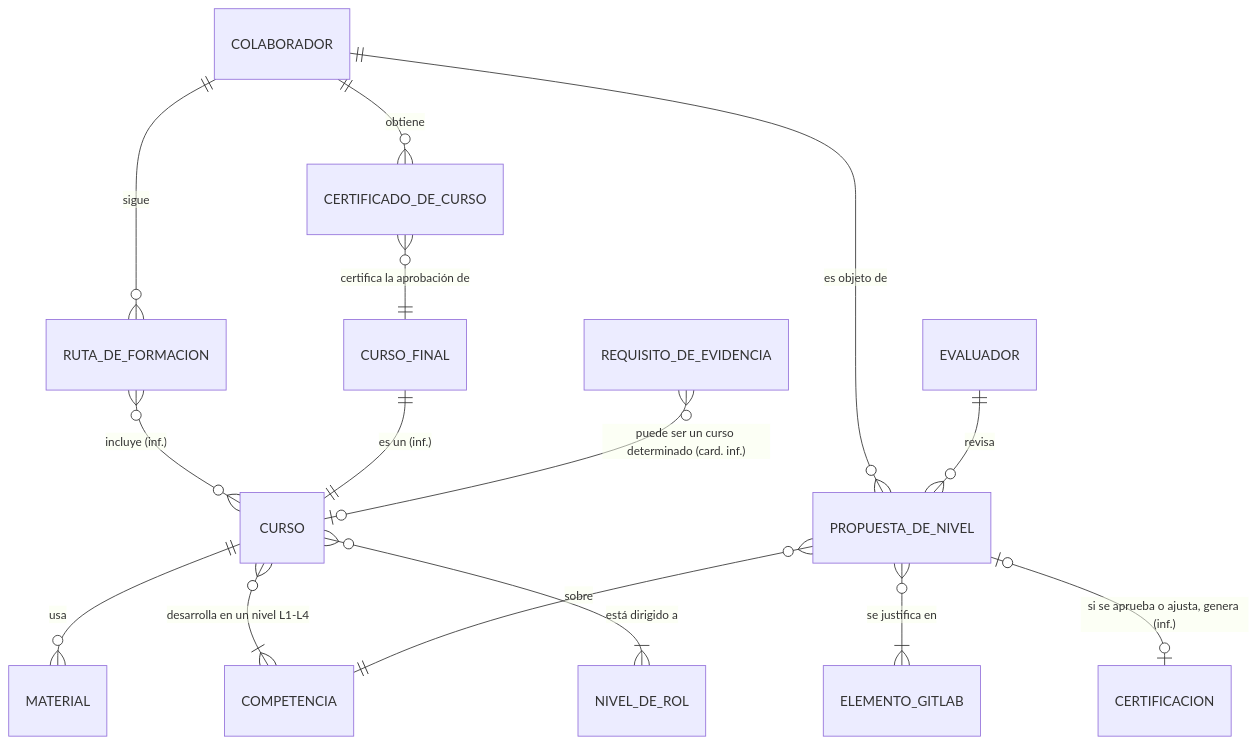
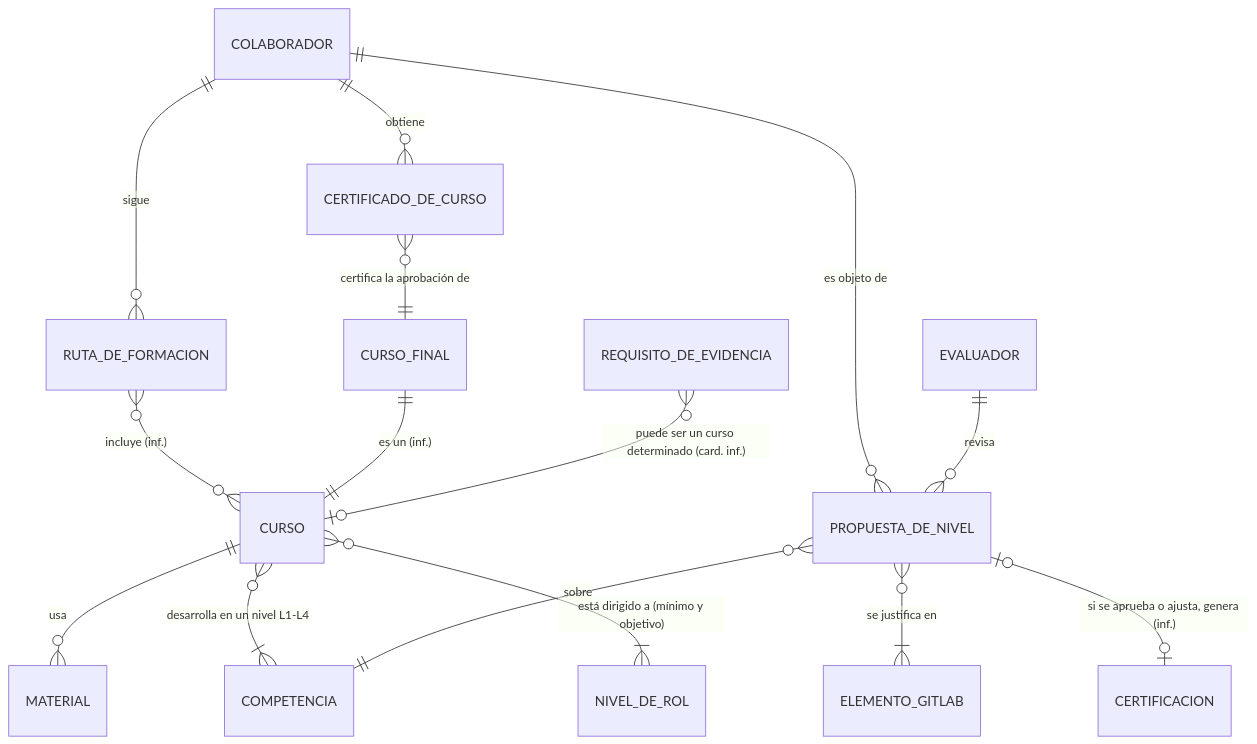
Before and after one commit to ianache/training-manager: the second of 2 diagrams in knowledge-base/business/information-model/IMD-001-modelo-de-informacion-conceptual.md, drawn with Mermaid. The commit also changed other lines of this file and 97 other files, not shown here.

````diff
--- a/knowledge-base/business/information-model/IMD-001-modelo-de-informacion-conceptual.md
+++ b/knowledge-base/business/information-model/IMD-001-modelo-de-informacion-conceptual.md
@@ -94,17 +98,17 @@
 ```mermaid
 erDiagram
     COLABORADOR ||--o{ RUTA_DE_FORMACION : "sigue"
     RUTA_DE_FORMACION }o--o{ CURSO : "incluye (inf.)"
     CURSO ||--o{ MATERIAL : "usa"
     COLABORADOR ||--o{ CERTIFICADO_DE_CURSO : "obtiene"
     CERTIFICADO_DE_CURSO }o--|| CURSO_FINAL : "certifica la aprobación de"
     CURSO_FINAL ||--|| CURSO : "es un (inf.)"
     CURSO }o--|{ COMPETENCIA : "desarrolla en un nivel L1-L4"
-    CURSO }o--|{ NIVEL_DE_ROL : "está dirigido a"
+    CURSO }o--|{ NIVEL_DE_ROL : "está dirigido a (mínimo y objetivo)"
     REQUISITO_DE_EVIDENCIA }o--o| CURSO : "puede ser un curso determinado (card. inf.)"
     COLABORADOR ||--o{ PROPUESTA_DE_NIVEL : "es objeto de"
     PROPUESTA_DE_NIVEL }o--|| COMPETENCIA : "sobre"
     PROPUESTA_DE_NIVEL }o--|{ ELEMENTO_GITLAB : "se justifica en"
     EVALUADOR ||--o{ PROPUESTA_DE_NIVEL : "revisa"
     PROPUESTA_DE_NIVEL |o--o| CERTIFICACION : "si se aprueba o ajusta, genera (inf.)"
 ```
````
